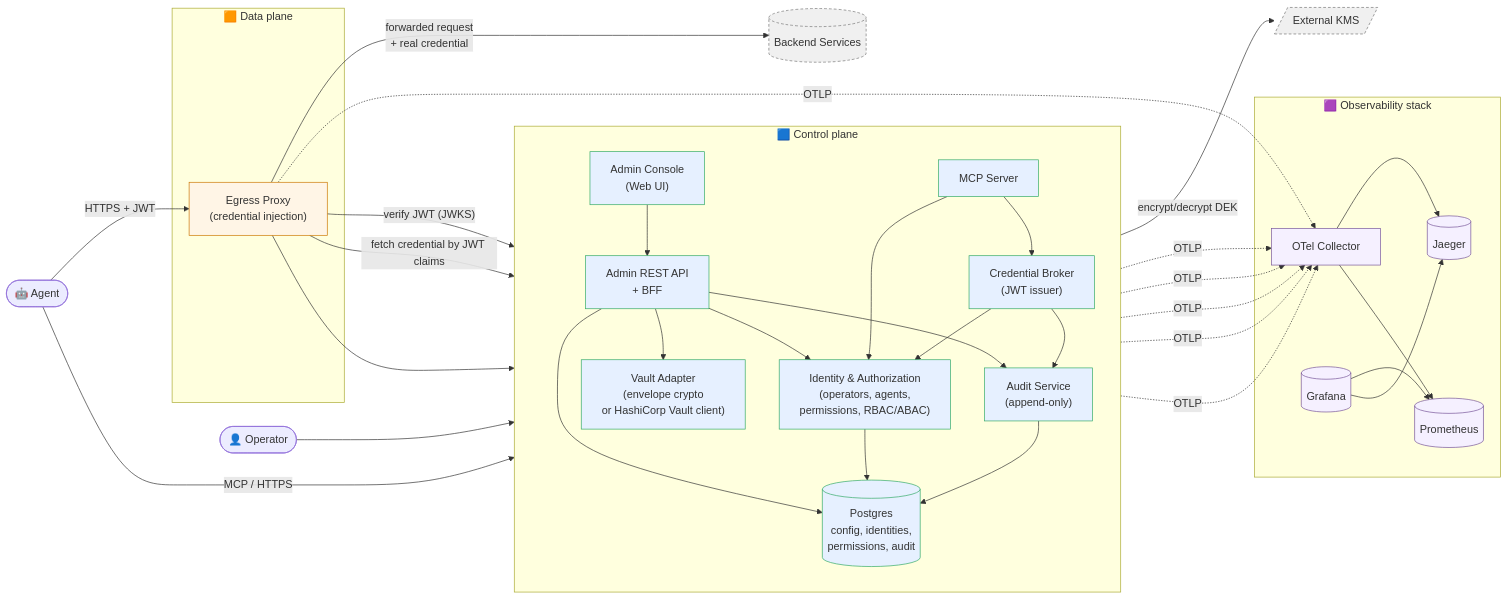
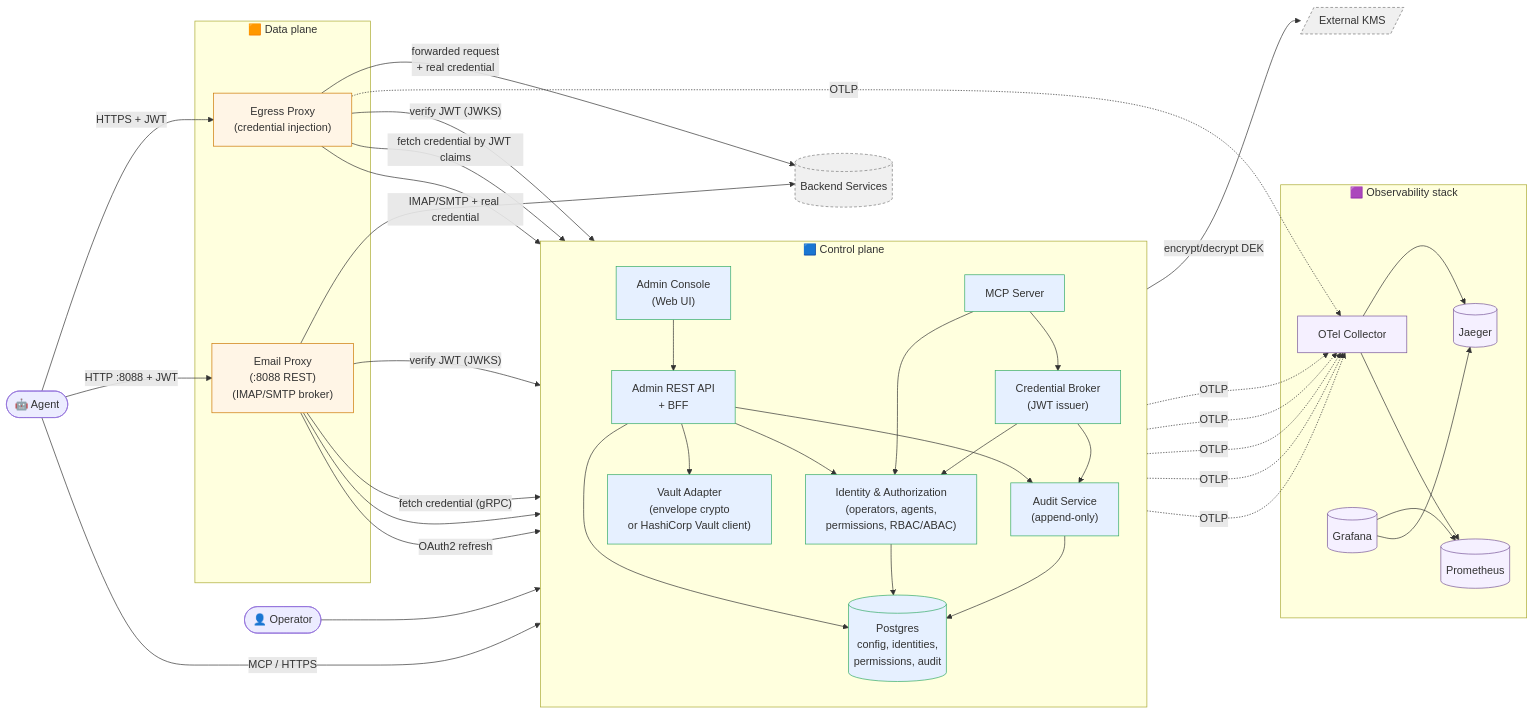
Before and after one commit to WeLikeCode/mintkey: the diagram in docs/architecture/01-architecture/02-container-view.md, drawn with Mermaid. The commit also changed other lines of this file and 10 other files, not shown here.

First line of the commit message:
docs(email-proxy): C-12 — HOW-TO §6 + ADR-0024 corrigendum + Grafana + CHANGELOG

````diff
--- a/docs/architecture/01-architecture/02-container-view.md
+++ b/docs/architecture/01-architecture/02-container-view.md
@@ -36,6 +36,7 @@
     %% Data plane
     subgraph DP["🟧 Data plane"]
         proxy["Egress Proxy<br/>(credential injection)"]
+        emailproxy["Email Proxy<br/>(:8088 REST)<br/>(IMAP/SMTP broker)"]
     end
 
     %% Observability stack
@@ -70,6 +71,13 @@
     proxy --> audit
     proxy -- "forwarded request<br/>+ real credential" --> backend
 
+    agent -- "HTTP :8088 + JWT" --> emailproxy
+    emailproxy -- "verify JWT (JWKS)" --> broker
+    emailproxy -- "fetch credential (gRPC)" --> vaultad
+    emailproxy --> audit
+    emailproxy -- "OAuth2 refresh" --> api
+    emailproxy -- "IMAP/SMTP + real credential" --> backend
+
     vaultad -- "encrypt/decrypt DEK" --> kms
 
     %% OTel fan-in
@@ -89,7 +97,7 @@
     classDef obs fill:#f5f0ff,stroke:#759;
     classDef ext fill:#f0f0f0,stroke:#777,stroke-dasharray: 4 3;
     class ui,api,idp,mcp,broker,vaultad,audit,db cp;
-    class proxy dp;
+    class proxy,emailproxy dp;
     class otelc,jaeger,prom,graf obs;
     class kms,backend ext;
 ```
````
